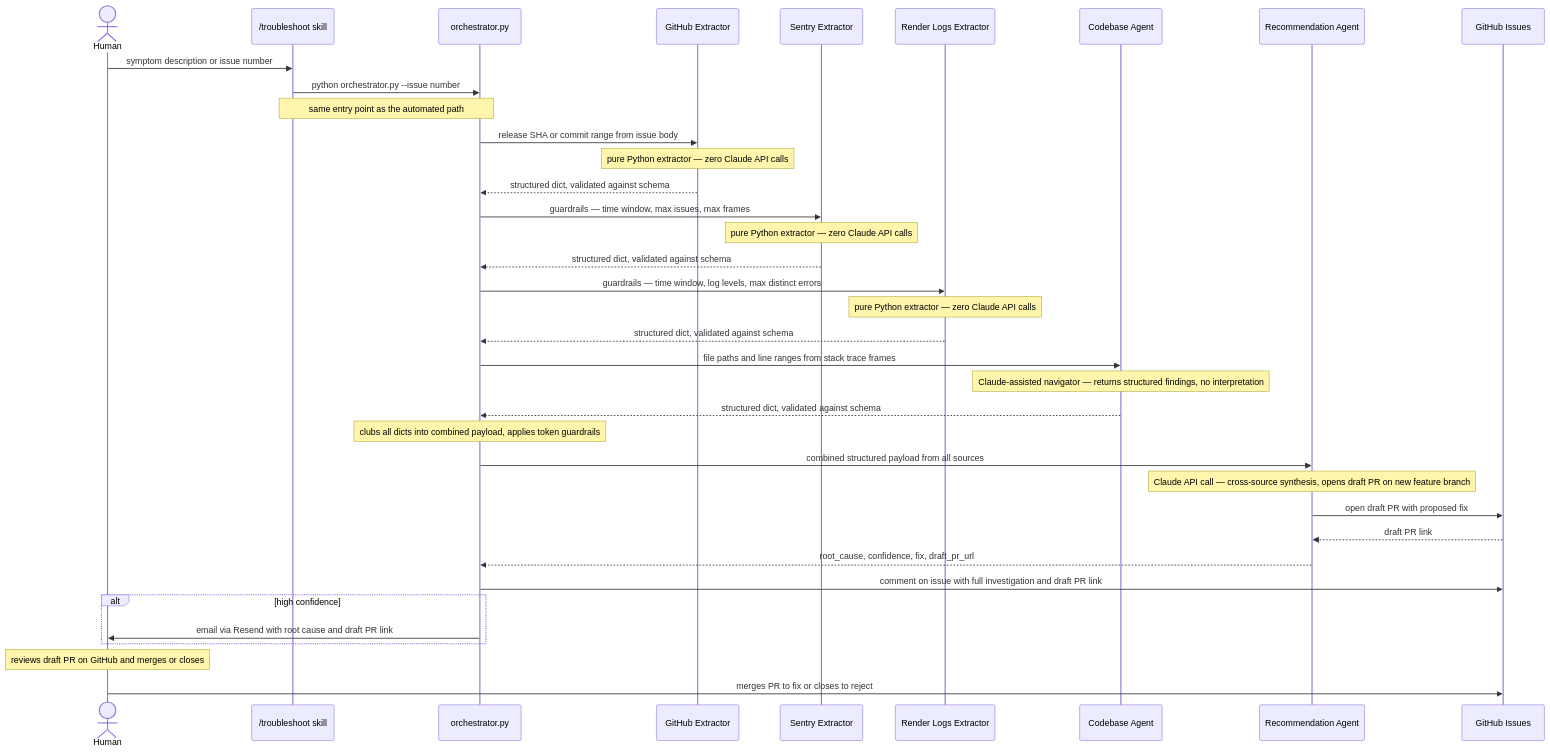
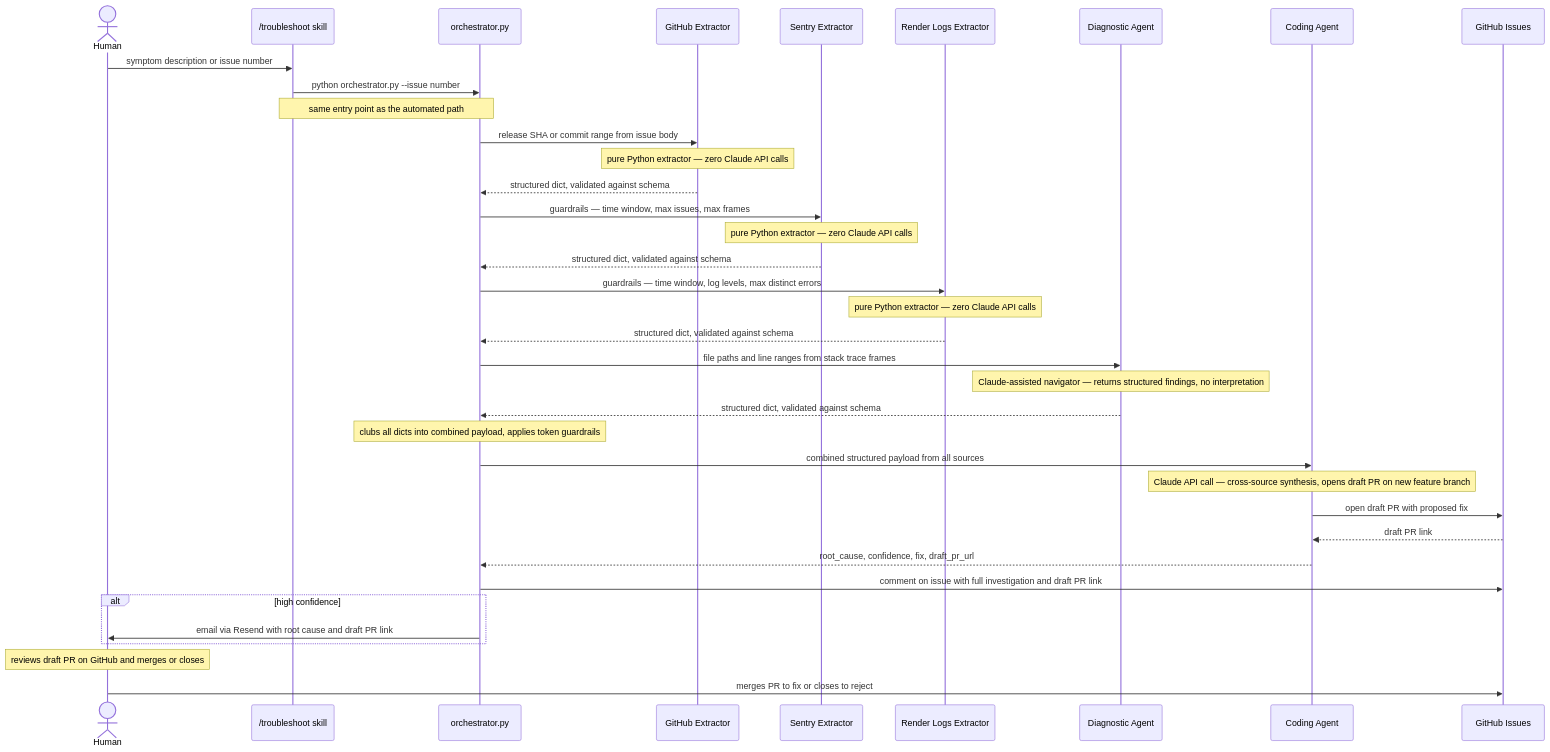
The fourth of 4 diagrams in docs/engineering-practices/agent-architecture.md (vikasparth/restaurant-main), drawn with Mermaid before and after one commit. The commit also changed other lines of this file and 14 other files, not shown here.

First line of the commit message:
refactor(docs): rename Codebase Agent → Diagnostic Agent, Recommendation Agent → Coding Agent

````diff
--- a/docs/engineering-practices/agent-architecture.md
+++ b/docs/engineering-practices/agent-architecture.md
@@ -1162,41 +1162,41 @@
 ```mermaid
 sequenceDiagram
     actor Human as Human
     participant Skill as /troubleshoot skill
     participant Orch as orchestrator.py
     participant GHAgent as GitHub Extractor
     participant SAgent as Sentry Extractor
     participant Render as Render Logs Extractor
-    participant Code as Codebase Agent
-    participant Rec as Recommendation Agent
+    participant Code as Diagnostic Agent
+    participant Rec as Coding Agent
     participant GH as GitHub Issues
 
     Human->>Skill: symptom description or issue number
     Skill->>Orch: python orchestrator.py --issue number
     Note over Skill,Orch: same entry point as the automated path
 
     Orch->>GHAgent: release SHA or commit range from issue body
     Note over GHAgent: pure Python extractor — zero Claude API calls
     GHAgent-->>Orch: structured dict, validated against schema
     Orch->>SAgent: guardrails — time window, max issues, max frames
     Note over SAgent: pure Python extractor — zero Claude API calls
     SAgent-->>Orch: structured dict, validated against schema
     Orch->>Render: guardrails — time window, log levels, max distinct errors
     Note over Render: pure Python extractor — zero Claude API calls
     Render-->>Orch: structured dict, validated against schema
     Orch->>Code: file paths and line ranges from stack trace frames
     Note over Code: Claude-assisted navigator — returns structured findings, no interpretation
     Code-->>Orch: structured dict, validated against schema
     Note over Orch: clubs all dicts into combined payload, applies token guardrails
     Orch->>Rec: combined structured payload from all sources
     Note over Rec: Claude API call — cross-source synthesis, opens draft PR on new feature branch
     Rec->>GH: open draft PR with proposed fix
     GH-->>Rec: draft PR link
     Rec-->>Orch: root_cause, confidence, fix, draft_pr_url
     Orch->>GH: comment on issue with full investigation and draft PR link
     alt high confidence
         Orch->>Human: email via Resend with root cause and draft PR link
     end
     Note over Human: reviews draft PR on GitHub and merges or closes
     Human->>GH: merges PR to fix or closes to reject
 ```
````
